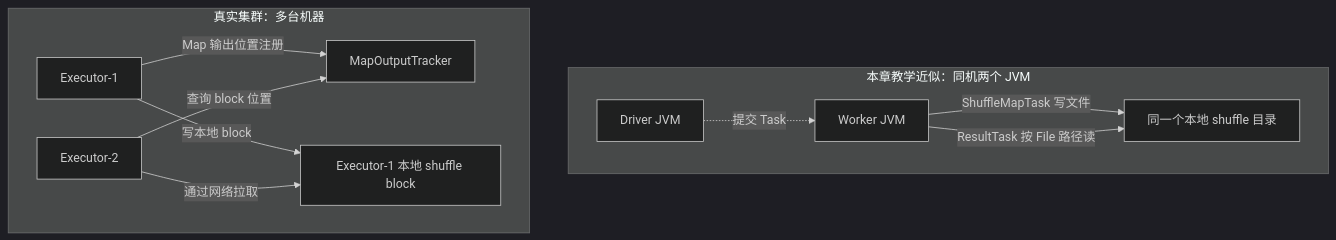
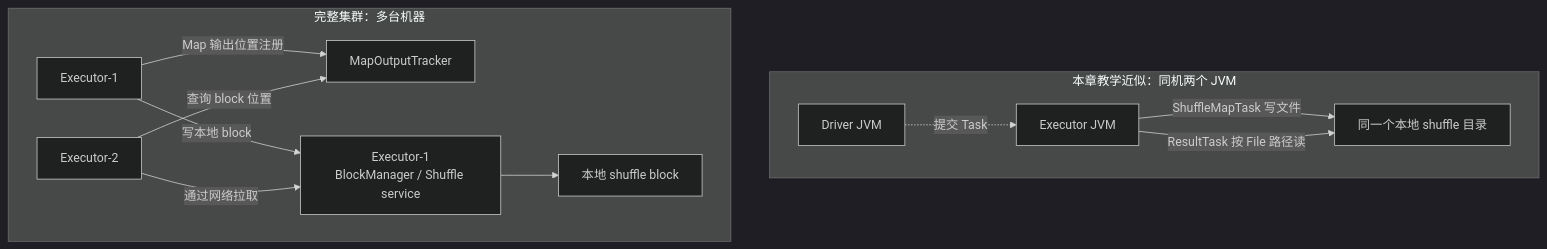
The ninth of 9 diagrams in content/docs/03-part3/ch09-network-rpc.md (rchaocai/mini-spark), drawn with Mermaid (dark theme) before and after one commit. The commit also changed other lines of this file and 16 other files, not shown here.

````diff
--- a/content/docs/03-part3/ch09-network-rpc.md
+++ b/content/docs/03-part3/ch09-network-rpc.md
@@ -490,22 +758,24 @@
 ```mermaid
 flowchart TB
     subgraph T["本章教学近似：同机两个 JVM"]
         D1["Driver JVM"]
-        W1["Worker JVM"]
+        W1["Executor JVM"]
         F1["同一个本地 shuffle 目录"]
         W1 -->|ShuffleMapTask 写文件| F1
         W1 -->|ResultTask 按 File 路径读| F1
         D1 -.提交 Task.-> W1
     end
 
-    subgraph R["真实集群：多台机器"]
+    subgraph R["完整集群：多台机器"]
         E1["Executor-1"]
         E2["Executor-2"]
         M["MapOutputTracker"]
-        B1["Executor-1 本地 shuffle block"]
+        S1["Executor-1<br/>BlockManager / Shuffle service"]
+        B1["本地 shuffle block"]
         E1 -->|Map 输出位置注册| M
-        E1 -->|写本地 block| B1
+        E1 -->|写本地 block| S1
+        S1 --> B1
         E2 -->|查询 block 位置| M
-        E2 -->|通过网络拉取| B1
+        E2 -->|通过网络拉取| S1
     end
 ```
````
